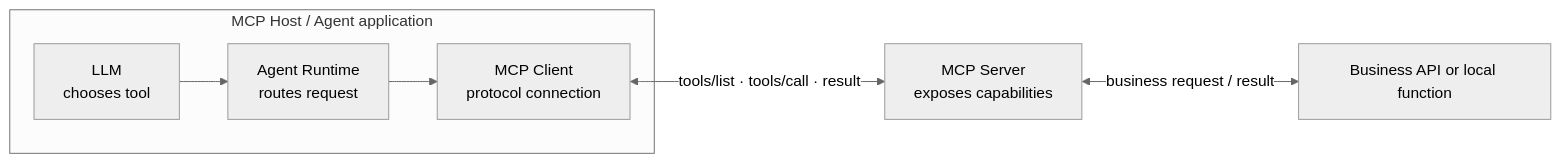
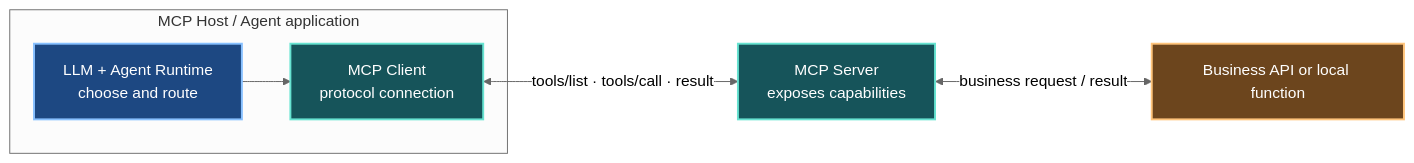
The diagram in docs/assets/concepts/mcp.mmd (braventechcn/Agent_System), drawn with Mermaid (neutral theme) before and after one commit. The commit also changed 14 other files, not shown here.

Commit message:
Render colored concept diagrams from Mermaid sources

```diff
--- a/docs/assets/concepts/mcp.mmd
+++ b/docs/assets/concepts/mcp.mmd
@@ -1,7 +1,12 @@
 flowchart LR
     subgraph Host["MCP Host / Agent application"]
-        L["LLM<br/>chooses tool"] --> R["Agent Runtime<br/>routes request"]
-        R --> C["MCP Client<br/>protocol connection"]
+        A["LLM + Agent Runtime<br/>choose and route"] --> C["MCP Client<br/>protocol connection"]
     end
     C <-->|"tools/list · tools/call · result"| S["MCP Server<br/>exposes capabilities"]
     S <-->|"business request / result"| API["Business API or local function"]
+    classDef runtime fill:#1d4882,stroke:#87c0ff,color:#ffffff,stroke-width:2px
+    classDef protocol fill:#16545a,stroke:#67e3d1,color:#ffffff,stroke-width:2px
+    classDef business fill:#6c451d,stroke:#ffc47b,color:#ffffff,stroke-width:2px
+    class A runtime
+    class C,S protocol
+    class API business
```
